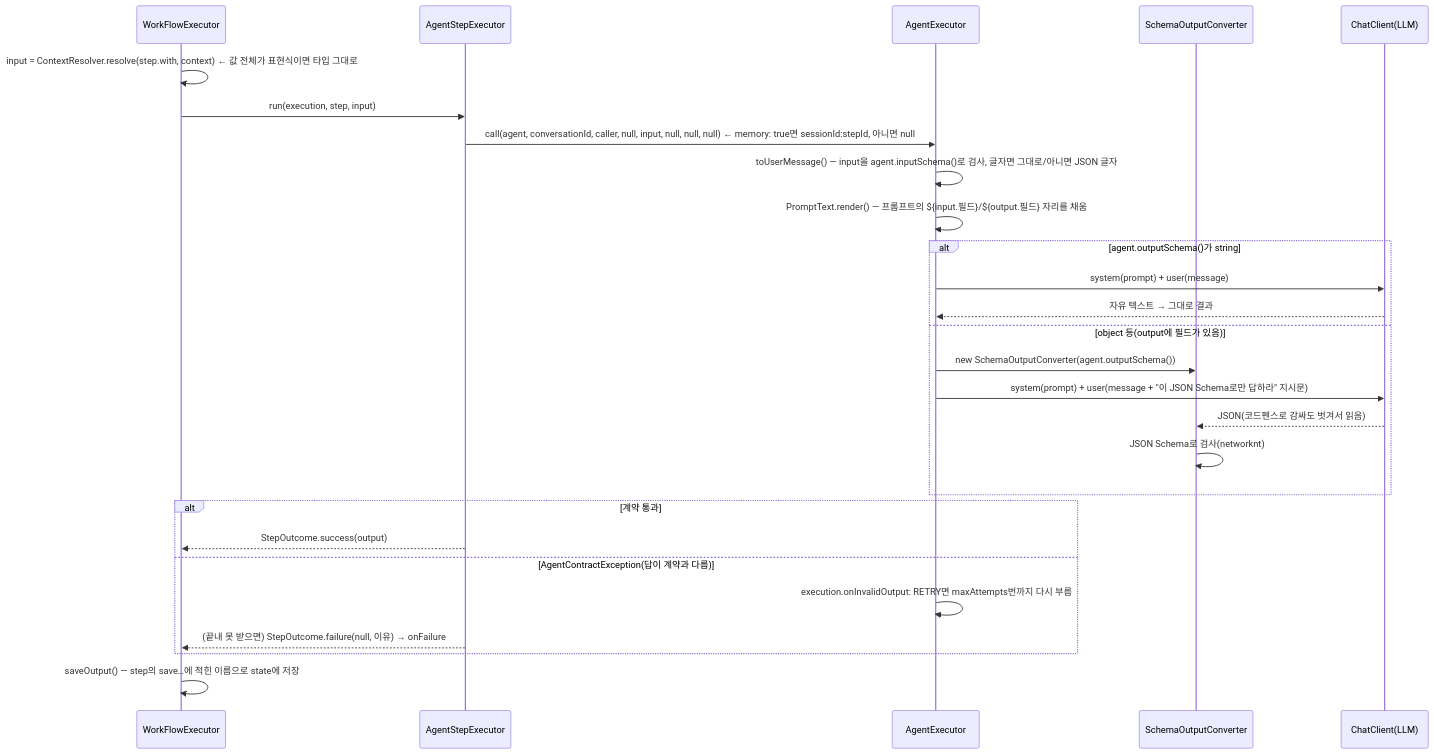
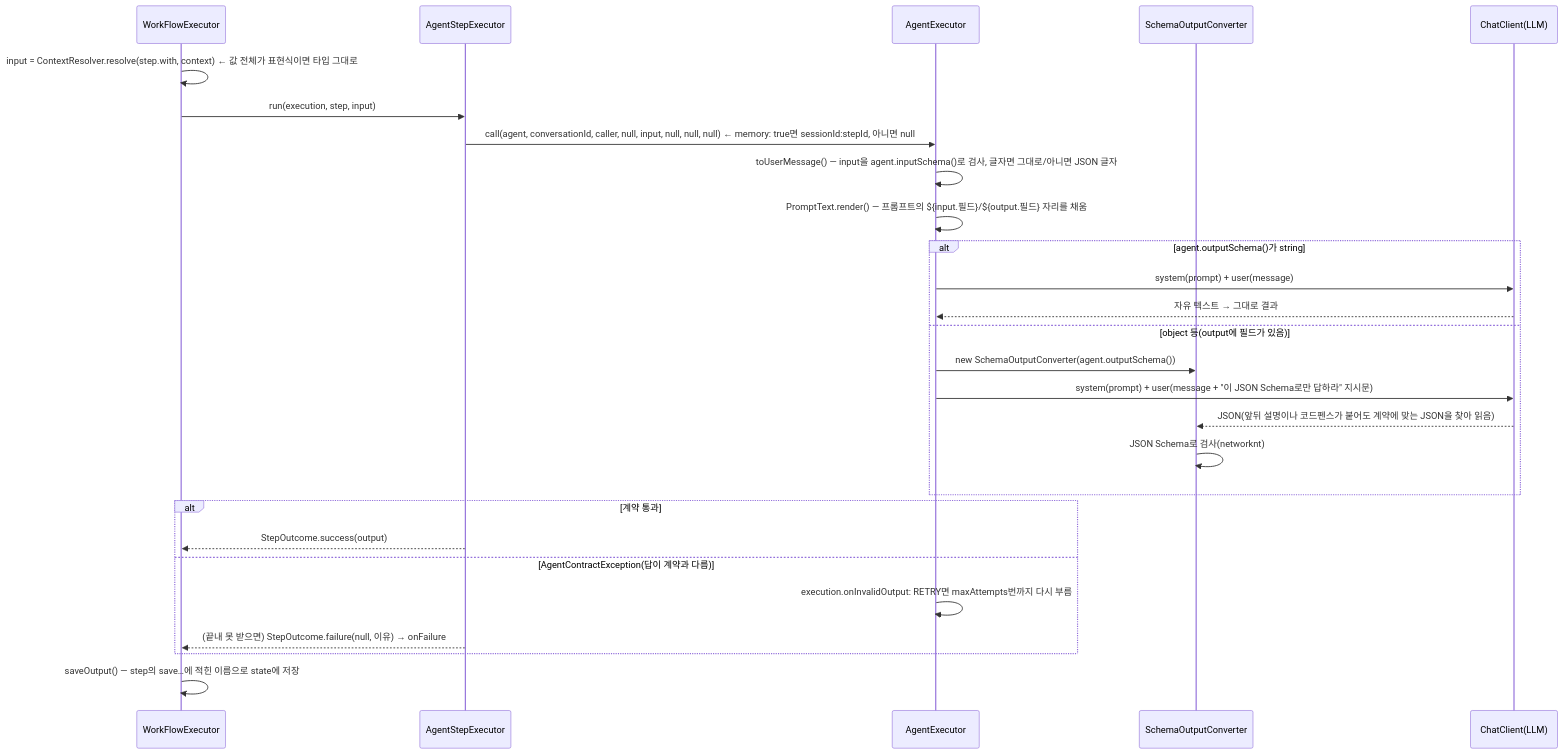
Before and after one commit to YongSoekChoeng/dstone: the sixth of 10 diagrams in docs/09.dstone-ai-engine.md, drawn with Mermaid. The commit also changed other lines of this file and 6 other files, not shown here.

````diff
--- a/docs/09.dstone-ai-engine.md
+++ b/docs/09.dstone-ai-engine.md
@@ -774,29 +774,29 @@
 ```mermaid
 sequenceDiagram
     participant WE as WorkFlowExecutor
     participant ASR as AgentStepExecutor
     participant AE as AgentExecutor
     participant CV as SchemaOutputConverter
     participant LLM as ChatClient(LLM)
     WE->>WE: input = ContextResolver.resolve(step.with, context)  ← 값 전체가 표현식이면 타입 그대로
     WE->>ASR: run(execution, step, input)
     ASR->>AE: call(agent, conversationId, caller, null, input, null, null, null)  ← memory: true면 sessionId:stepId, 아니면 null
     AE->>AE: toUserMessage() — input을 agent.inputSchema()로 검사, 글자면 그대로/아니면 JSON 글자
     AE->>AE: PromptText.render() — 프롬프트의 ${input.필드}/${output.필드} 자리를 채움
     alt agent.outputSchema()가 string
         AE->>LLM: system(prompt) + user(message)
         LLM-->>AE: 자유 텍스트 → 그대로 결과
     else object 등(output에 필드가 있음)
         AE->>CV: new SchemaOutputConverter(agent.outputSchema())
         AE->>LLM: system(prompt) + user(message + "이 JSON Schema로만 답하라" 지시문)
-        LLM-->>CV: JSON(코드펜스로 감싸도 벗겨서 읽음)
+        LLM-->>CV: JSON(앞뒤 설명이나 코드펜스가 붙어도 계약에 맞는 JSON을 찾아 읽음)
         CV->>CV: JSON Schema로 검사(networknt)
     end
     alt 계약 통과
         ASR-->>WE: StepOutcome.success(output)
     else AgentContractException(답이 계약과 다름)
         AE->>AE: execution.onInvalidOutput: RETRY면 maxAttempts번까지 다시 부름
         ASR-->>WE: (끝내 못 받으면) StepOutcome.failure(null, 이유) → onFailure
     end
     WE->>WE: saveOutput() — step의 save…에 적힌 이름으로 state에 저장
 ```
````
